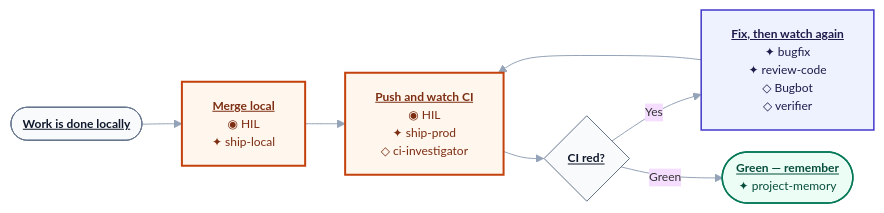
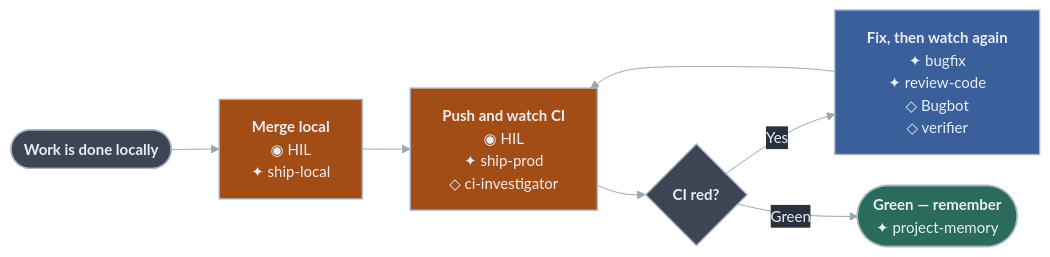
Before and after one commit to RaphaelBecker/cursor-harness: the seventh of 14 diagrams in README.md, drawn with Mermaid. The commit also changed other lines of this file and 12 other files, not shown here.

````diff
--- a/README.md
+++ b/README.md
@@ -415,24 +413,24 @@
 ```mermaid
-%%{init: {"theme":"base","themeVariables":{"fontFamily":"ui-sans-serif,system-ui,sans-serif","fontSize":"12px","lineColor":"#94a3b8"},"flowchart":{"curve":"basis","htmlLabels":true,"nodeSpacing":22,"rankSpacing":40}}}%%
+%%{init: {"theme":"base","themeVariables":{"darkMode":true,"fontFamily":"ui-sans-serif, system-ui, -apple-system, Segoe UI, sans-serif","fontSize":"15px","background":"#2B313C","lineColor":"#9AA6B8","textColor":"#9AA6B8","primaryTextColor":"#E8EEF7","edgeLabelBackground":"#2B313C"},"flowchart":{"curve":"basis","htmlLabels":true,"nodeSpacing":31,"rankSpacing":48,"padding":16,"useMaxWidth":true}}}%%
 flowchart LR
-  A(["<b><u>Work is done locally</u></b>"])
-  B["<b><u>Merge local</u></b><br/>◉ HIL<br/>✦ ship-local"]
-  C["<b><u>Push and watch CI</u></b><br/>◉ HIL<br/>✦ ship-prod<br/>◇ ci-investigator"]
-  D{"<b><u>CI red?</u></b>"}
-  E["<b><u>Fix, then watch again</u></b><br/>✦ bugfix<br/>✦ review-code<br/>◇ Bugbot<br/>◇ verifier"]
-  F(["<b><u>Green — remember</u></b><br/>✦ project-memory"])
+  A(["<b>Work is done locally</b>"])
+  B["<b>Merge local</b><br/>◉ HIL<br/>✦ ship-local"]
+  C["<b>Push and watch CI</b><br/>◉ HIL<br/>✦ ship-prod<br/>◇ ci-investigator"]
+  D{"<b>CI red?</b>"}
+  E["<b>Fix, then watch again</b><br/>✦ bugfix<br/>✦ review-code<br/>◇ Bugbot<br/>◇ verifier"]
+  F(["<b>Green — remember</b><br/>✦ project-memory"])
 
   A --> B --> C --> D
   D -->|Yes| E --> C
   D -->|Green| F
 
-  classDef skill fill:#eef2ff,stroke:#4338ca,stroke-width:1.5px,color:#1e1b4b
-  classDef hil fill:#fff7ed,stroke:#c2410c,stroke-width:2px,color:#7c2d12
-  classDef you fill:#f8fafc,stroke:#64748b,color:#0f172a
-  classDef done fill:#ecfdf5,stroke:#047857,stroke-width:1.5px,color:#064e3b
+  classDef skill fill:#3A5F9A,stroke:#A8B4C4,stroke-width:1.4px,color:#E8EEF7
+  classDef hil fill:#A34D16,stroke:#A8B4C4,stroke-width:1.4px,color:#E8EEF7
+  classDef you fill:#3D4554,stroke:#A8B4C4,stroke-width:1.4px,color:#E8EEF7
+  classDef done fill:#2A6B5C,stroke:#A8B4C4,stroke-width:1.4px,color:#E8EEF7
   class A you
   class B,C hil
   class D you
   class E skill
   class F done
 ```
````
